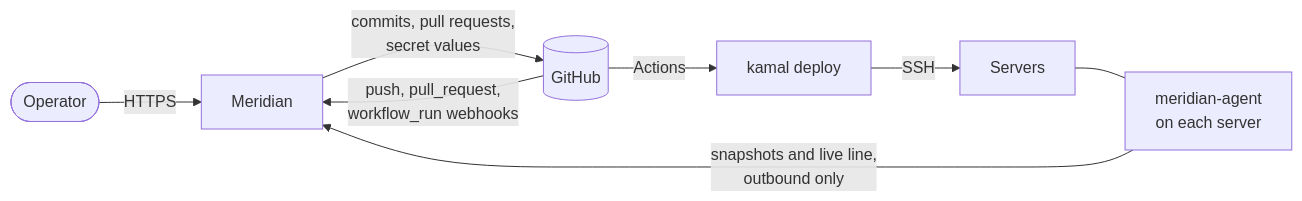
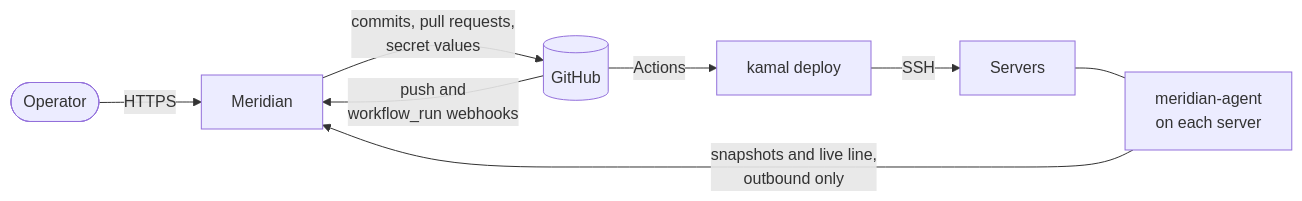
One commit to bigint/meridian changed the first of 2 diagrams in docs/concepts/how-it-works.mdx. Above: the diagram before and after it, drawn with Mermaid. The commit also changed other lines of this file and 63 other files, not shown here.

First line of the commit message:
feat!: remove pull request previews from the first release

````diff
--- a/docs/concepts/how-it-works.mdx
+++ b/docs/concepts/how-it-works.mdx
@@ -16,10 +16,10 @@
 ```mermaid
 flowchart LR
   op([Operator]) -- HTTPS --> m[Meridian]
   m -- "commits, pull requests,<br/>secret values" --> gh[(GitHub)]
-  gh -- "push, pull_request,<br/>workflow_run webhooks" --> m
+  gh -- "push and<br/>workflow_run webhooks" --> m
   gh -- Actions --> k["kamal deploy"]
   k -- SSH --> s[Servers]
   a["meridian-agent<br/>on each server"] -- "snapshots and live line,<br/>outbound only" --> m
   s --- a
 ```
````
